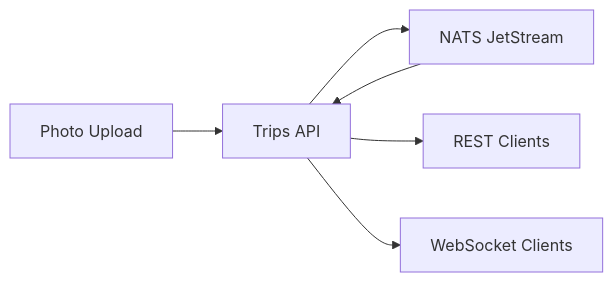
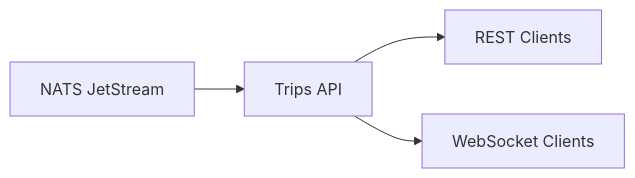
The first of 2 diagrams in projects/trips/backend/README.md (jomcgi/homelab), drawn with Mermaid before and after one commit. The commit also changed other lines of this file and 1 other file, not shown here.

First line of the commit message:
docs(trips): fix README inaccuracies

````diff
--- a/projects/trips/backend/README.md
+++ b/projects/trips/backend/README.md
@@ -9,8 +9,6 @@
 ```mermaid
 flowchart LR
-    Upload[Photo Upload] --> API[Trips API]
-    API --> NATS[NATS JetStream]
-    NATS --> API
+    NATS[NATS JetStream] --> API[Trips API]
     API --> REST[REST Clients]
     API --> WS[WebSocket Clients]
 ```
````
